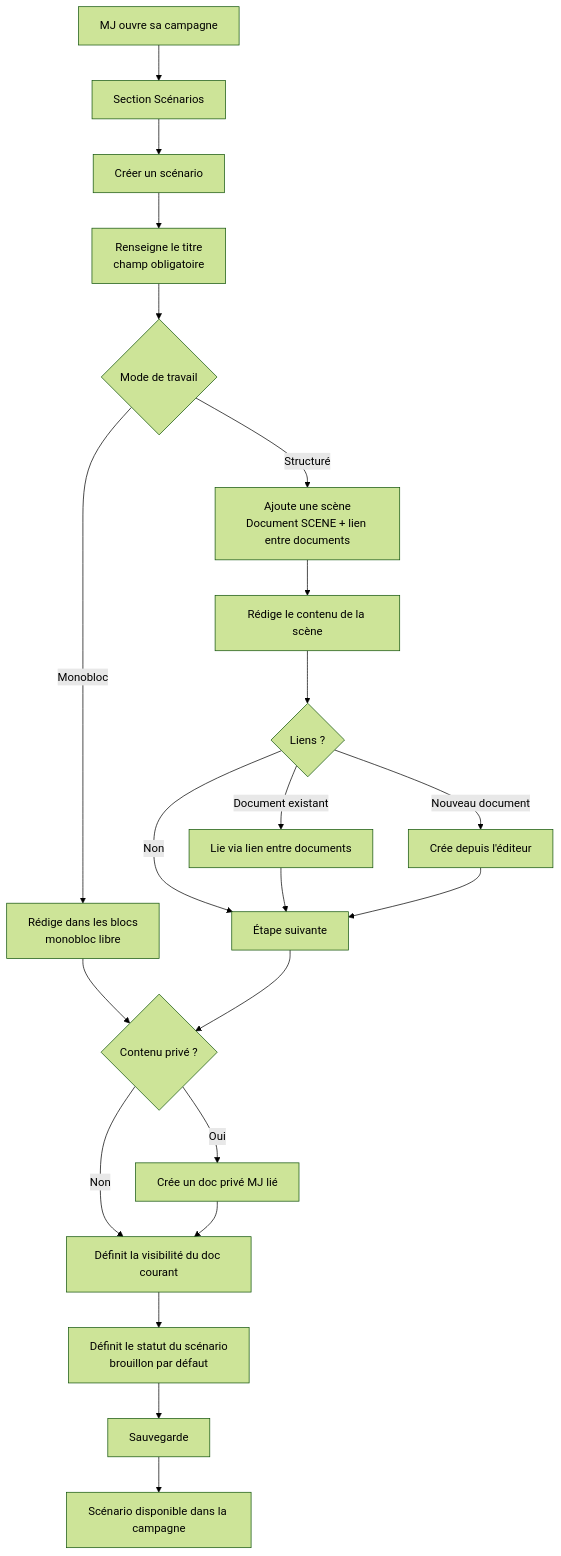
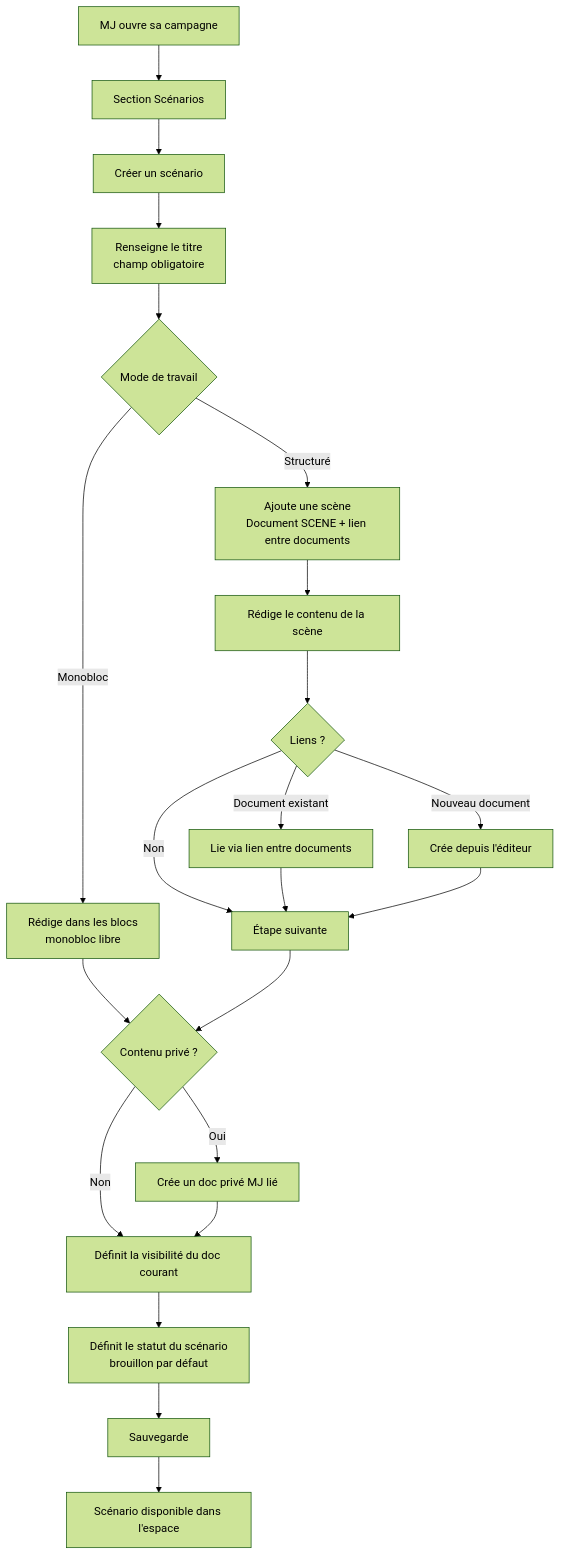
One commit to 2025-10-CDA-ECO-P6/PM-micro-saas changed the second of 2 diagrams in docs/conception/user-journeys/UJ-UC-03-structurer-scenario.md. Above: the diagram before and after it, drawn with Mermaid (forest theme). The commit also changed other lines of this file and 84 other files, not shown here.

````diff
--- a/docs/conception/user-journeys/UJ-UC-03-structurer-scenario.md
+++ b/docs/conception/user-journeys/UJ-UC-03-structurer-scenario.md
@@ -49,27 +49,27 @@
 ```mermaid
 flowchart TD
     A[MJ ouvre sa campagne] --> B[Section Scénarios]
     B --> C[Créer un scénario]
     C --> D[Renseigne le titre\nchamp obligatoire]
     D --> E{Mode de travail}
 
     E -->|Monobloc| F[Rédige dans les blocs\nmonobloc libre]
     E -->|Structuré| G[Ajoute une scène\nDocument SCENE + lien entre documents]
     G --> H[Rédige le contenu de la scène]
     H --> I{Liens ?}
     I -->|Document existant| J[Lie via lien entre documents]
     I -->|Nouveau document| K[Crée depuis l'éditeur]
     I -->|Non| L[Étape suivante]
     J --> L
     K --> L
 
     F --> M{Contenu privé ?}
     L --> M
     M -->|Oui| N[Crée un doc privé MJ lié]
     M -->|Non| O[Définit la visibilité du doc courant]
     N --> O
 
     O --> P[Définit le statut du scénario\nbrouillon par défaut]
     P --> Q[Sauvegarde]
-    Q --> R[Scénario disponible dans la campagne]
+    Q --> R[Scénario disponible dans l'espace]
 ```
````
